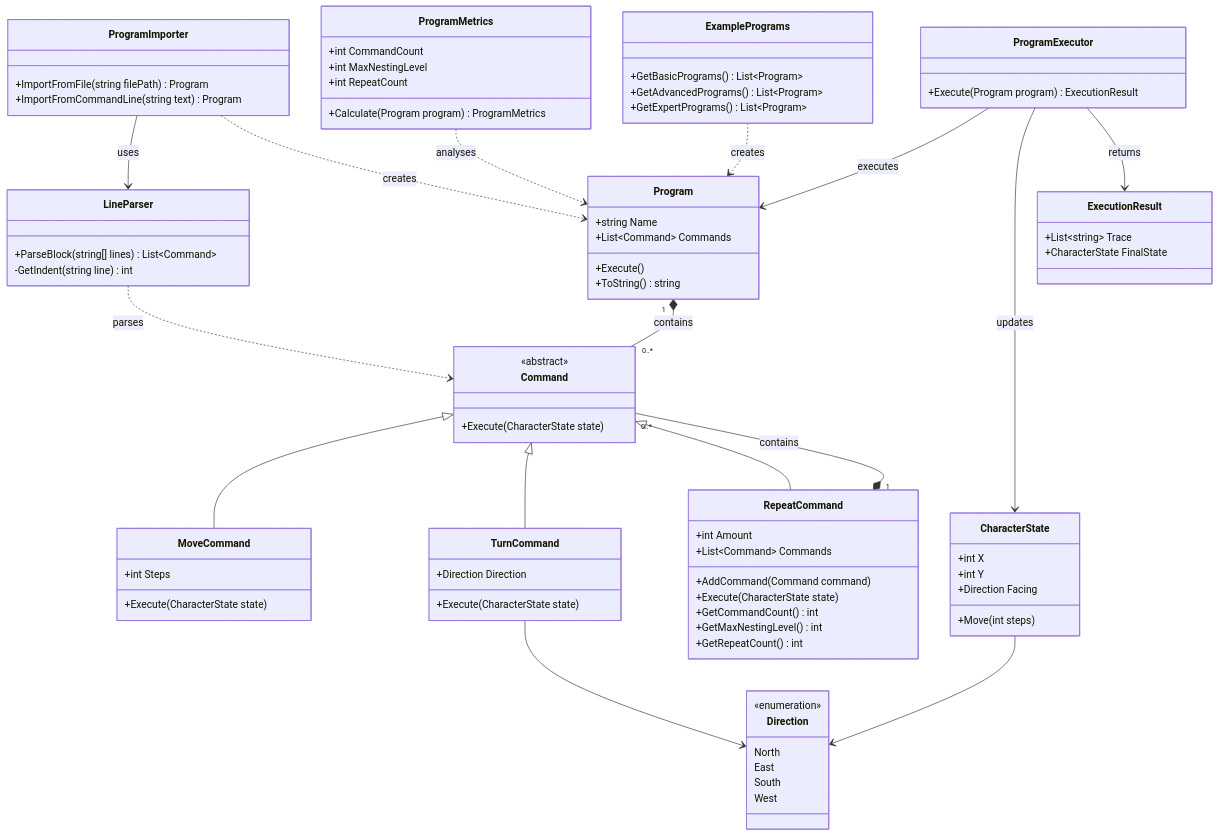
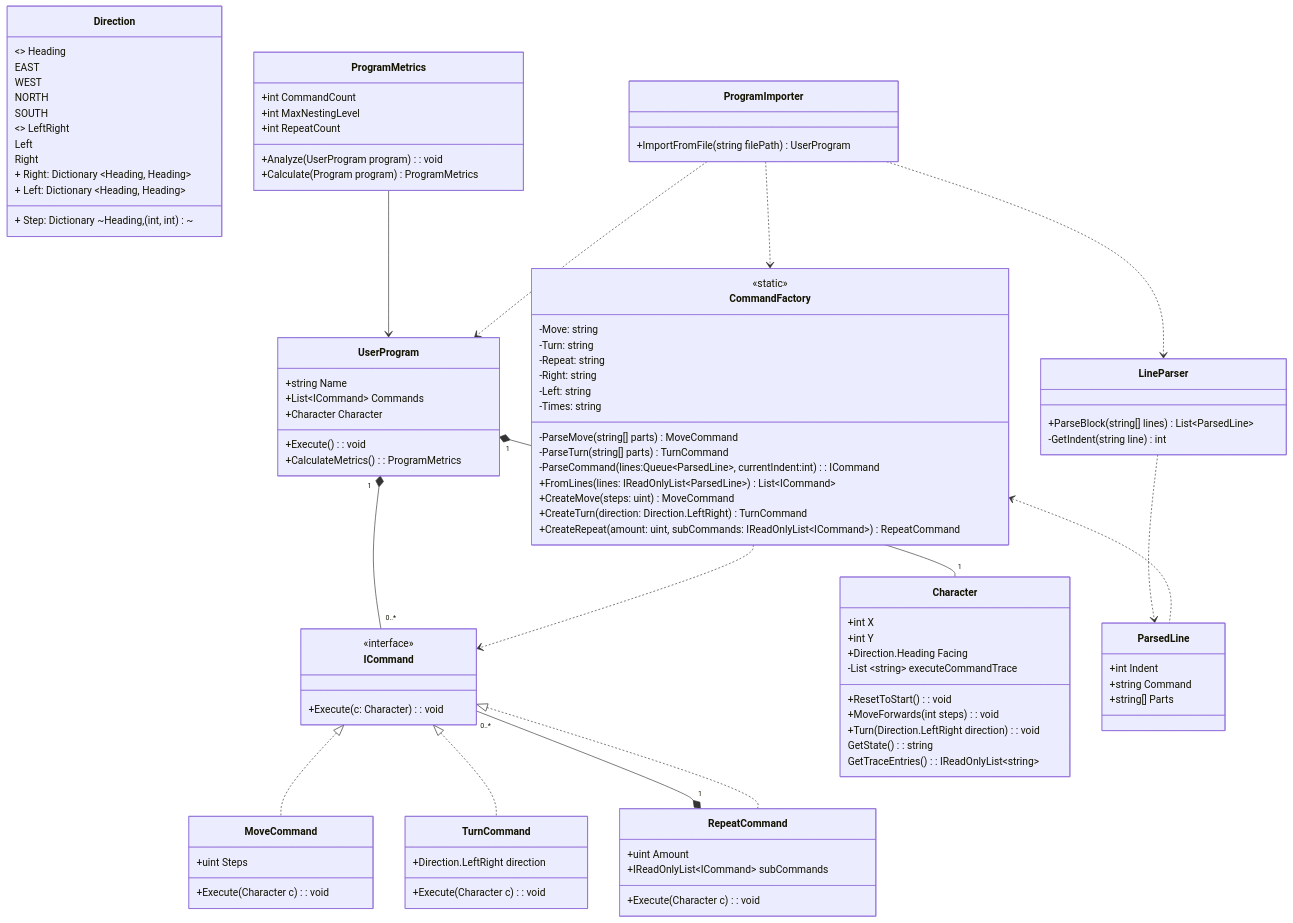
One commit to LucienPrograms/SEProject2 changed the diagram in UML bs diagram.mmd. Above: the diagram before and after it, drawn with Mermaid. The commit also changed 8 other files, not shown here.

Commit message:
Changed mmd diagram (changes still following)

```diff
--- a/UML bs diagram.mmd
+++ b/UML bs diagram.mmd
@@ -1,95 +1,113 @@
    classDiagram
-    class Program {
+    class UserProgram {
         +string Name
-        +List~Command~ Commands
-        +Execute()
-        +ToString() string
+        +List~ICommand~ Commands
+        +Character Character
+        +Execute(): void
+        +CalculateMetrics(): ProgramMetrics
     }
 
-    class Command {
-        <<abstract>>
-        +Execute(CharacterState state)
+    class CommandFactory {
+        <<static>>
+        -Move: string
+        -Turn: string
+        -Repeat: string
+        -Right: string
+        -Left: string
+        -Times: string
+
+        -ParseMove(string[] parts) MoveCommand
+        -ParseTurn(string[] parts) TurnCommand
+        -ParseCommand(lines:Queue~ParsedLine~, currentIndent:int): ICommand
+        
+        +FromLines(lines: IReadOnlyList~ParsedLine~) List~ICommand~
+        +CreateMove(steps: uint) MoveCommand
+        +CreateTurn(direction: Direction.LeftRight) TurnCommand
+        +CreateRepeat(amount: uint, subCommands: IReadOnlyList~ICommand~) RepeatCommand
     }
 
-    class MoveCommand {
-        +int Steps
-        +Execute(CharacterState state)
+    class ICommand {
+        <<interface>> 
+        +Execute(c: Character): void
     }
 
-    class TurnCommand {
-        +Direction Direction
-        +Execute(CharacterState state)
+    class MoveCommand{
+        +uint Steps
+        +Execute(Character c): void
     }
 
-    class RepeatCommand {
-        +int Amount
-        +List~Command~ Commands
-        +AddCommand(Command command)
-        +Execute(CharacterState state)
-        +GetCommandCount() int
-        +GetMaxNestingLevel() int
-        +GetRepeatCount() int
+    class TurnCommand{
+        +Direction.LeftRight direction
+        +Execute(Character c): void
+    }
+
+    class RepeatCommand{
+        +uint Amount
+        +IReadOnlyList~ICommand~ subCommands
+        +Execute(Character c): void
     }
 
     class Direction {
-        <<enumeration>>
-        North
-        East
-        South
-        West
+        <<enumeration>> Heading
+        EAST
+        WEST 
+        NORTH 
+        SOUTH
+        <<enum>> LeftRight
+        Left 
+        Right
+        + Right: Dictionary ~Heading, Heading~
+        + Left: Dictionary ~Heading, Heading~
+        + Step: Dictionary ~Heading, (int, int)~
     }
 
-    class CharacterState {
+    class Character {
         +int X
         +int Y
-        +Direction Facing
-        +Move(int steps)
+        +Direction.Heading Facing
+        -List ~string~ executeCommandTrace
+        +ResetToStart(): void
+        +MoveForwards(int steps): void
+        +Turn(Direction.LeftRight direction): void
+        GetState(): string
+        GetTraceEntries(): IReadOnlyList~string~
     }
 
     class ProgramImporter {
-        +ImportFromFile(string filePath) Program
-        +ImportFromCommandLine(string text) Program
+        +ImportFromFile(string filePath) UserProgram
     }
 
     class LineParser {
-        +ParseBlock(string[] lines) List~Command~
+        +ParseBlock(string[] lines) List~ParsedLine~
         -GetIndent(string line) int
+    }
+
+    class ParsedLine {
+        +int Indent
+        +string Command
+        +string[] Parts
     }
 
     class ProgramMetrics {
         +int CommandCount
         +int MaxNestingLevel
         +int RepeatCount
+        +Analyze(UserProgram program): void
         +Calculate(Program program) ProgramMetrics
     }
 
-    class ProgramExecutor {
-        +Execute(Program program) ExecutionResult
-    }
 
-    class ExecutionResult {
-        +List~string~ Trace
-        +CharacterState FinalState
-    }
-
-    class ExamplePrograms {
-        +GetBasicPrograms() List~Program~
-        +GetAdvancedPrograms() List~Program~
-        +GetExpertPrograms() List~Program~
-    }
-
-    Program "1" *-- "0..*" Command : contains
-    Command <|-- MoveCommand
-    Command <|-- TurnCommand
-    Command <|-- RepeatCommand
-    RepeatCommand "1" *-- "0..*" Command : contains
-    TurnCommand --> Direction
-    CharacterState --> Direction
-    ProgramImporter --> LineParser : uses
-    ProgramImporter ..> Program : creates
-    LineParser ..> Command : parses
-    ProgramExecutor --> Program : executes
-    ProgramExecutor --> CharacterState : updates
-    ProgramExecutor --> ExecutionResult : returns
-    ProgramMetrics ..> Program : analyses
-    ExamplePrograms ..> Program : creates
+    
+    ProgramImporter ..> CommandFactory
+    CommandFactory ..> ICommand
+    CommandFactory <.. ParsedLine
+    UserProgram "1" *-- "0..*" ICommand 
+    UserProgram "1" *-- "1" Character
+    ICommand <|.. MoveCommand
+    ICommand <|.. TurnCommand
+    ICommand <|.. RepeatCommand
+    RepeatCommand "1" *-- "0..*" ICommand
+    ProgramImporter ..> LineParser 
+    ProgramImporter ..> UserProgram 
+    LineParser ..> ParsedLine 
+    ProgramMetrics --> UserProgram 
```
